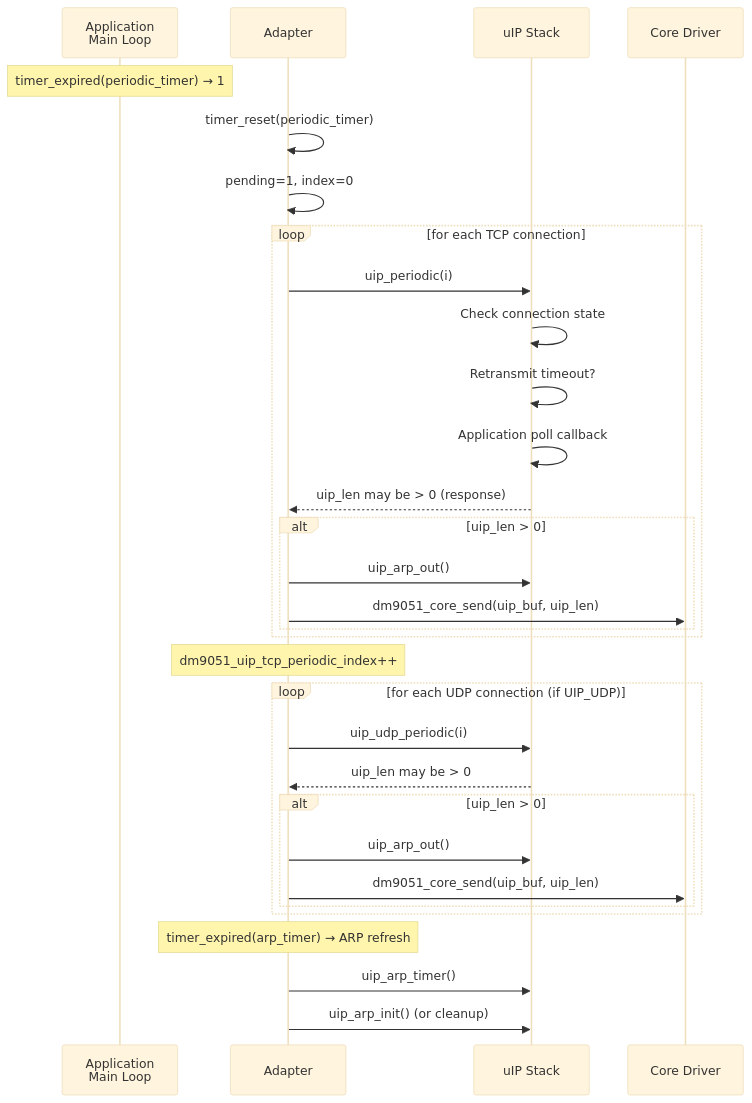
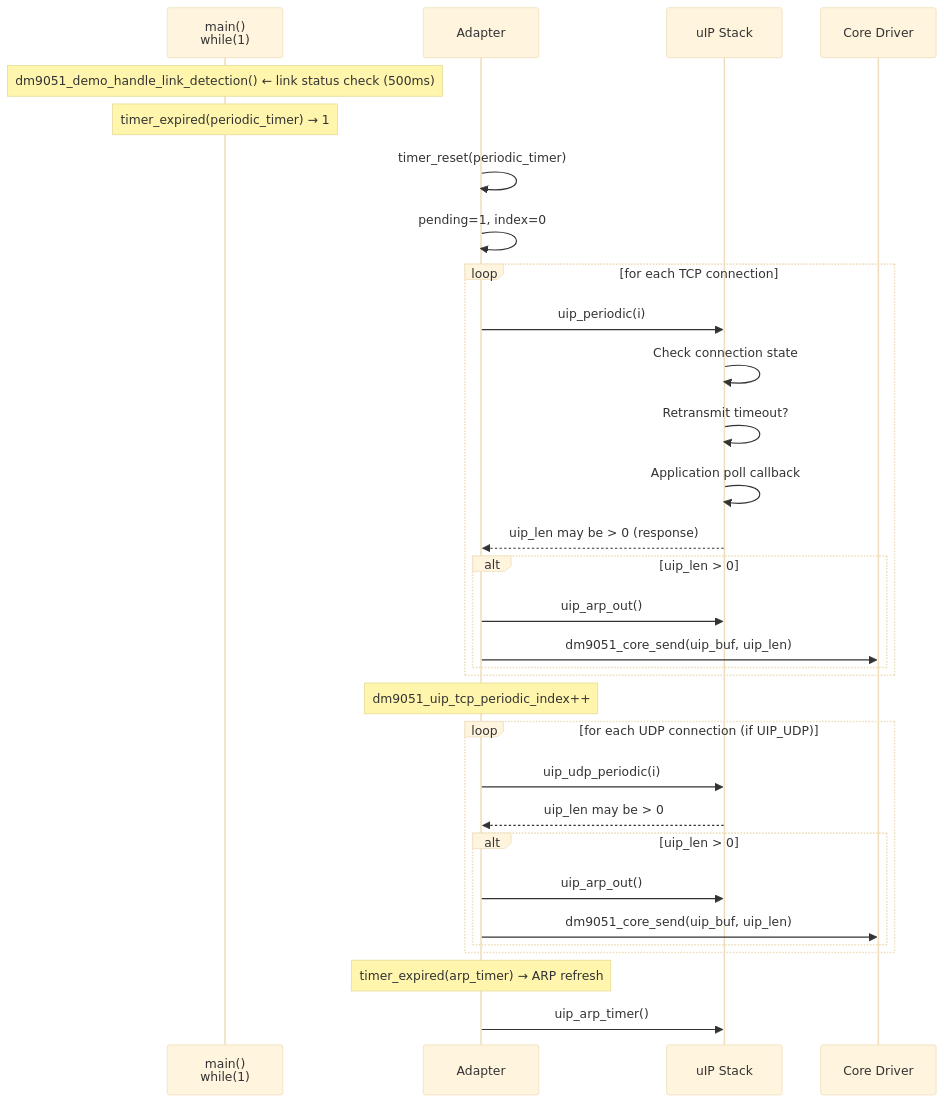
One commit to yicheng55/mh2030_demo changed the third of 4 diagrams in docs/dm9051_uip_adapter_analysis.md. Above: the diagram before and after it, drawn with Mermaid (base theme). The commit also changed other lines of this file, not shown here.

````diff
--- a/docs/dm9051_uip_adapter_analysis.md
+++ b/docs/dm9051_uip_adapter_analysis.md
@@ -1134,38 +1108,39 @@
 ```mermaid
 sequenceDiagram
-    participant APP as Application<br/>Main Loop
+    participant APP as main()<br/>while(1)
     participant ADPT as Adapter
     participant UIP as uIP Stack
     participant CORE as Core Driver
+
+    Note over APP: dm9051_demo_handle_link_detection() ← link status check (500ms)
 
     Note over APP: timer_expired(periodic_timer) → 1
     ADPT->>ADPT: timer_reset(periodic_timer)
     ADPT->>ADPT: pending=1, index=0
 
     loop for each TCP connection
         ADPT->>UIP: uip_periodic(i)
         UIP->>UIP: Check connection state
         UIP->>UIP: Retransmit timeout?
         UIP->>UIP: Application poll callback
         UIP-->>ADPT: uip_len may be > 0 (response)
         alt uip_len > 0
             ADPT->>UIP: uip_arp_out()
             ADPT->>CORE: dm9051_core_send(uip_buf, uip_len)
         end
     end
 
     Note over ADPT: dm9051_uip_tcp_periodic_index++
 
     loop for each UDP connection (if UIP_UDP)
         ADPT->>UIP: uip_udp_periodic(i)
         UIP-->>ADPT: uip_len may be > 0
         alt uip_len > 0
             ADPT->>UIP: uip_arp_out()
             ADPT->>CORE: dm9051_core_send(uip_buf, uip_len)
         end
     end
 
     Note over ADPT: timer_expired(arp_timer) → ARP refresh
     ADPT->>UIP: uip_arp_timer()
-    ADPT->>UIP: uip_arp_init() (or cleanup)
 ```
````
